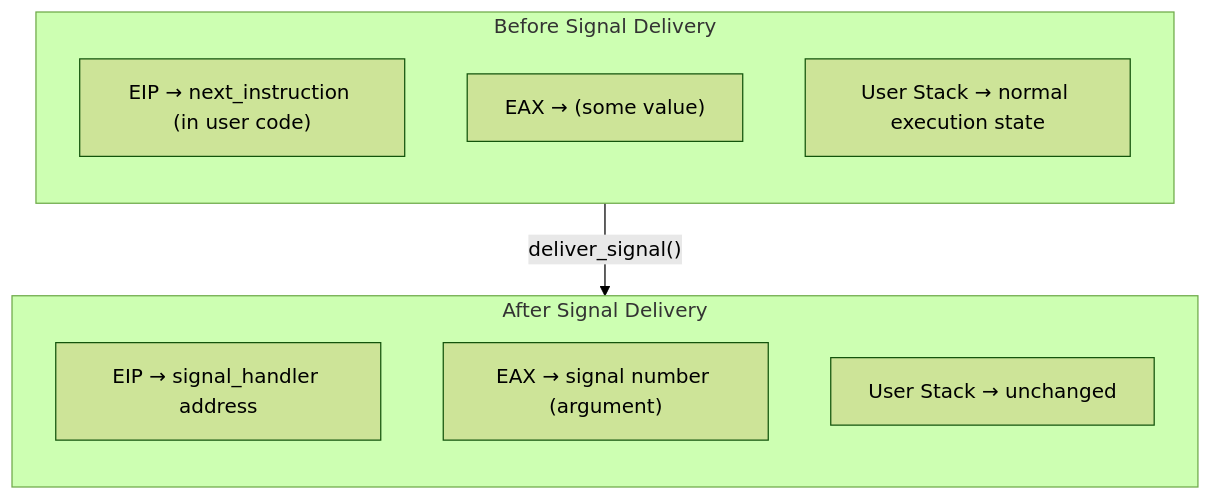
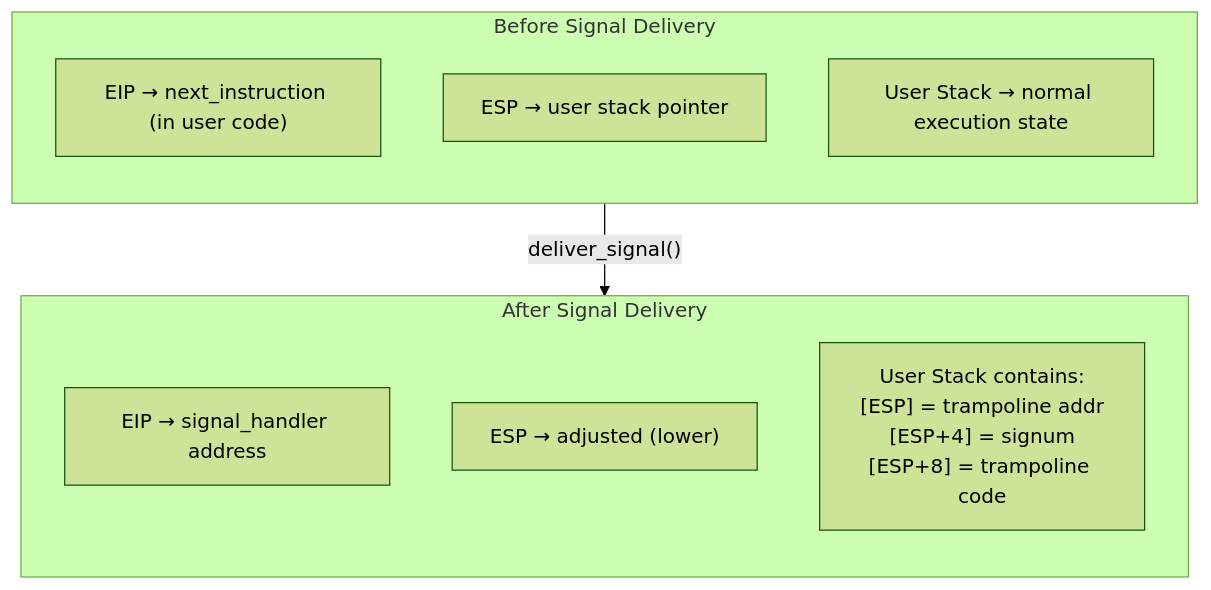
One commit to SillyCatto/OS_Project-Signal changed the eighth of 8 diagrams in docs/02_signal_architecture.md. Above: the diagram before and after it, drawn with Mermaid (forest theme). The commit also changed other lines of this file and 9 other files, not shown here.

````diff
--- a/docs/02_signal_architecture.md
+++ b/docs/02_signal_architecture.md
@@ -382,18 +392,18 @@
 ```mermaid
 flowchart TB
     subgraph Before["Before Signal Delivery"]
         direction TB
         B_EIP["EIP → next_instruction (in user code)"]
-        B_EAX["EAX → (some value)"]
+        B_ESP["ESP → user stack pointer"]
         B_STACK["User Stack → normal execution state"]
     end
 
     subgraph After["After Signal Delivery"]
         direction TB
         A_EIP["EIP → signal_handler address"]
-        A_EAX["EAX → signal number (argument)"]
-        A_STACK["User Stack → unchanged"]
+        A_ESP["ESP → adjusted (lower)"]
+        A_STACK["User Stack contains:<br/>[ESP] = trampoline addr<br/>[ESP+4] = signum<br/>[ESP+8] = trampoline code"]
     end
 
     Before -->|"deliver_signal()"| After
 ```
````
